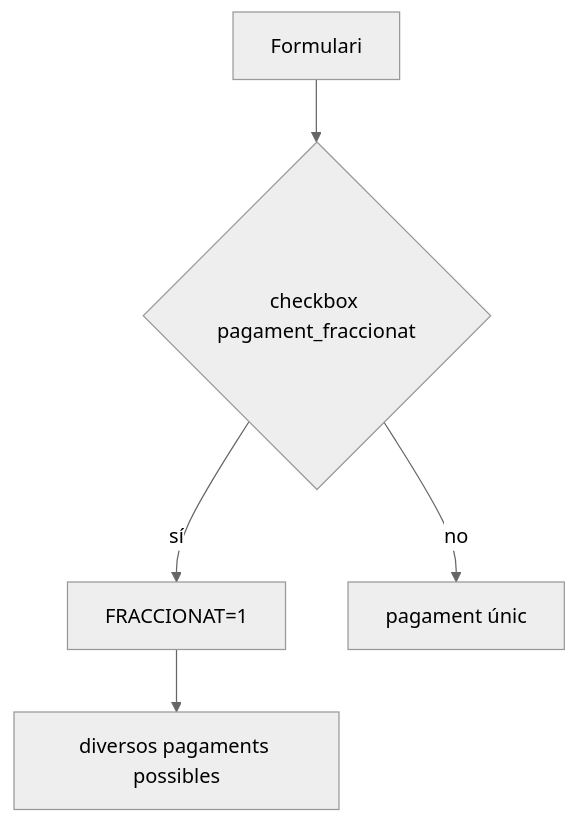
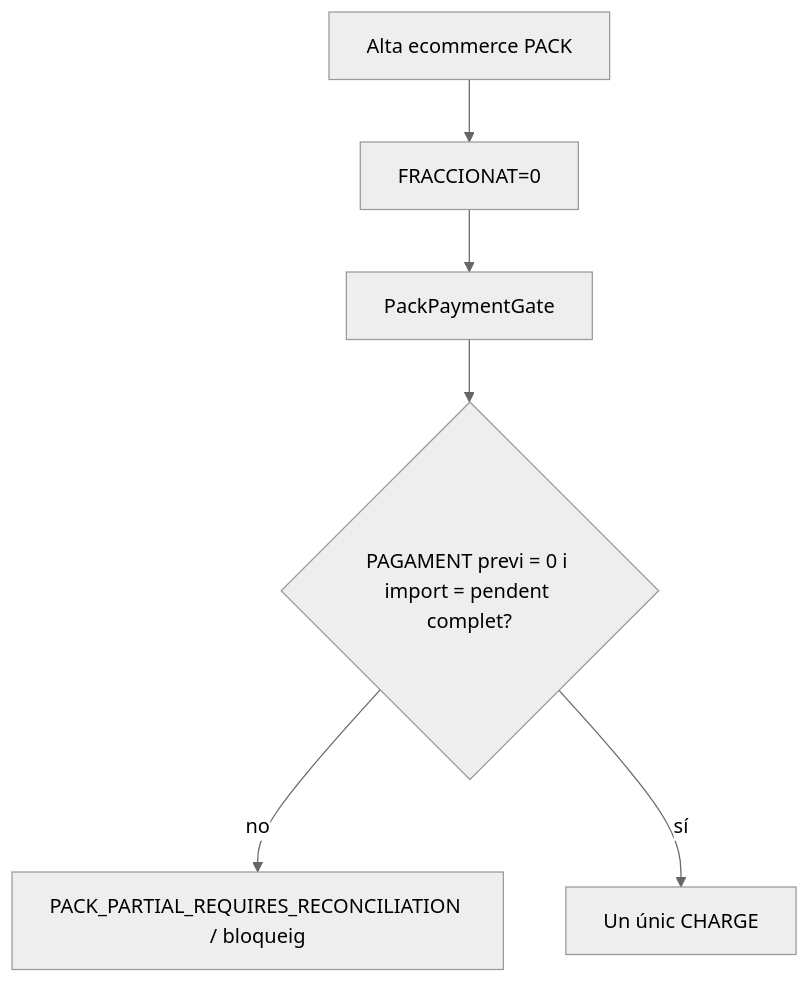
Diagram 19 of 20 in documentacio/07-uml-integrat/uc-015-activitats-pagines-pack-actual-final.md (orgmeriemprismacat-del/verifactu), drawn with Mermaid (neutral theme) before and after one commit. The commit also changed other lines of this file, not shown here.

````diff
--- a/documentacio/07-uml-integrat/uc-015-activitats-pagines-pack-actual-final.md
+++ b/documentacio/07-uml-integrat/uc-015-activitats-pagines-pack-actual-final.md
@@ -233,7 +240,8 @@
 ```mermaid
 flowchart TD
-A[Formulari] --> B{checkbox pagament_fraccionat}
-B -- sí --> C[FRACCIONAT=1]
-C --> D[diversos pagaments possibles]
-B -- no --> E[pagament únic]
+A[Alta ecommerce PACK] --> B[FRACCIONAT=0]
+B --> C[PackPaymentGate]
+C --> D{PAGAMENT previ = 0 i import = pendent complet?}
+D -- no --> E[PACK_PARTIAL_REQUIRES_RECONCILIATION / bloqueig]
+D -- sí --> F[Un únic CHARGE]
 ```
````
